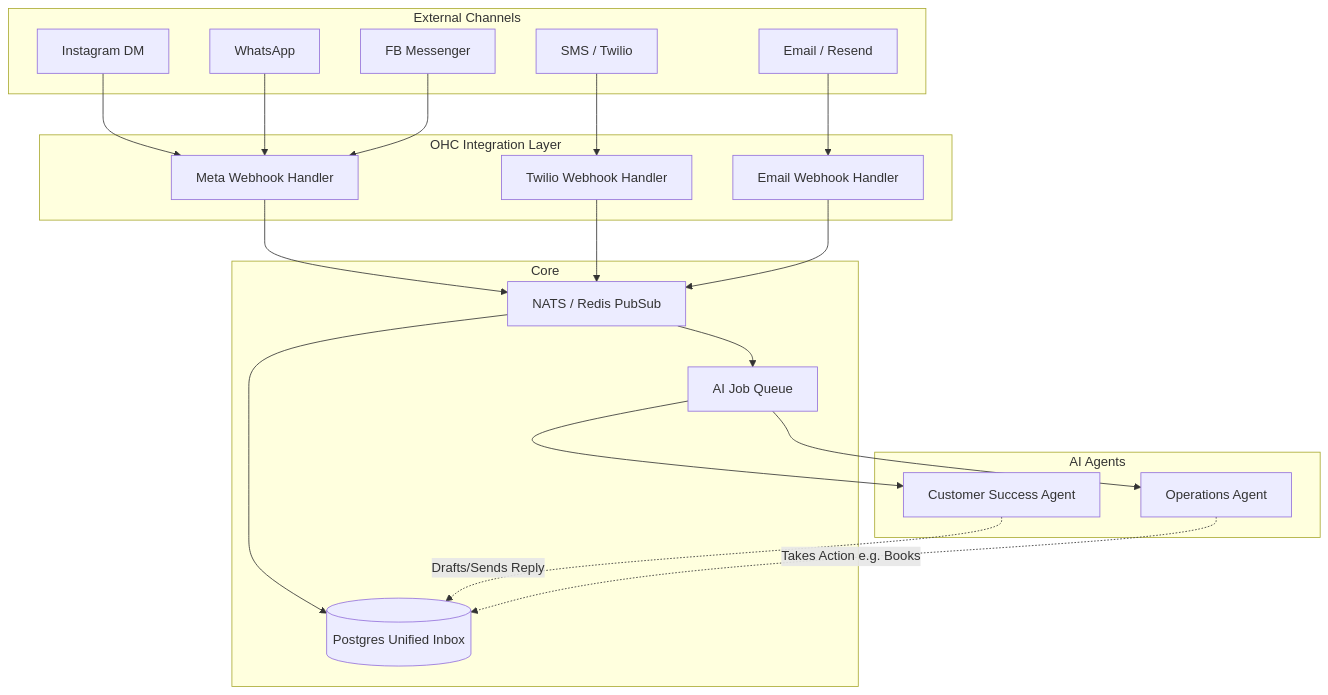
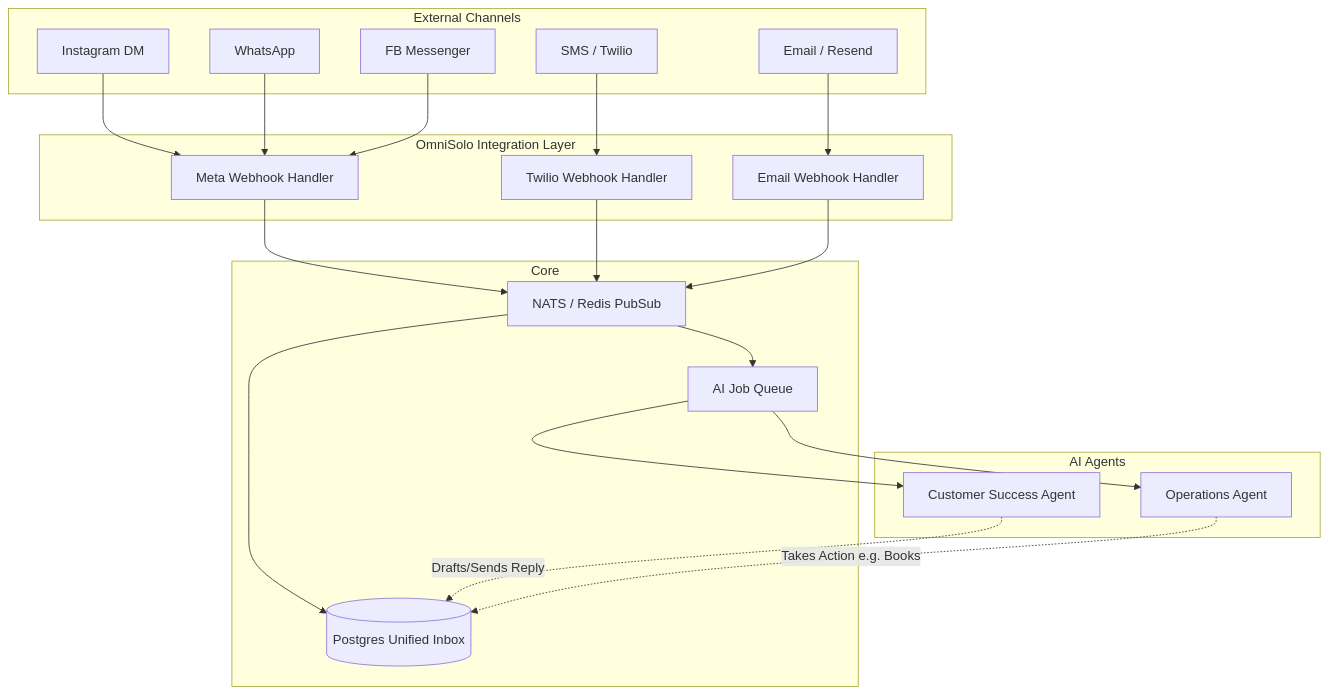
One commit to omnisolo-llc/onehumancorp changed the diagram in docs/research/[architecture]_omni_channel_ai_inbox.md. Above: the diagram before and after it, drawn with Mermaid. The commit also changed other lines of this file and 2191 other files, not shown here.

Commit message:
feat: complete OmniSolo rename and browser audit

````diff
--- a/docs/research/[architecture]_omni_channel_ai_inbox.md
+++ b/docs/research/[architecture]_omni_channel_ai_inbox.md
@@ -21,46 +21,46 @@
 ```mermaid
 graph TD;
     subgraph External Channels
         IG[Instagram DM]
         WA[WhatsApp]
         FB[FB Messenger]
         SMS[SMS / Twilio]
         Email[Email / Resend]
     end
 
-    subgraph OHC Integration Layer
+    subgraph OmniSolo Integration Layer
         MetaWebhook[Meta Webhook Handler]
         TwilioWebhook[Twilio Webhook Handler]
         EmailWebhook[Email Webhook Handler]
     end
 
     subgraph Core
         MessageBus[NATS / Redis PubSub]
         UnifiedInboxDB[(Postgres Unified Inbox)]
         AgentQueue[AI Job Queue]
     end
 
     subgraph AI Agents
         CSAgent[Customer Success Agent]
         OpsAgent[Operations Agent]
     end
 
     IG --> MetaWebhook
     WA --> MetaWebhook
     FB --> MetaWebhook
     SMS --> TwilioWebhook
     Email --> EmailWebhook
 
     MetaWebhook --> MessageBus
     TwilioWebhook --> MessageBus
     EmailWebhook --> MessageBus
 
     MessageBus --> UnifiedInboxDB
     MessageBus --> AgentQueue
 
     AgentQueue --> CSAgent
     AgentQueue --> OpsAgent
 
     CSAgent -.-> |Drafts/Sends Reply| UnifiedInboxDB
     OpsAgent -.-> |Takes Action e.g. Books| UnifiedInboxDB
 ```
````
